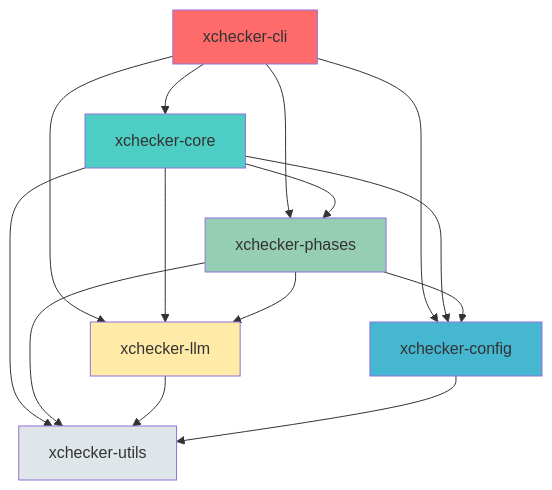
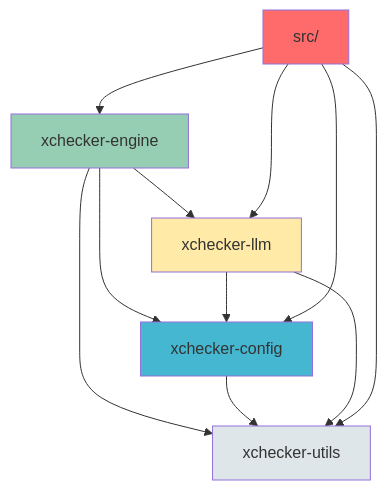
One commit to EffortlessMetrics/xchecker-dev changed the first of 2 diagrams in plans/modularization-report.md. Above: the diagram before and after it, drawn with Mermaid. The commit also changed other lines of this file and 207 other files, not shown here.

````diff
--- a/plans/modularization-report.md
+++ b/plans/modularization-report.md
@@ -168,27 +129,21 @@
 ```mermaid
 graph TD
-    CLI[xchecker-cli] --> CORE[xchecker-core]
-    CLI --> CONFIG[xchecker-config]
-    CLI --> PHASES[xchecker-phases]
-    CLI --> LLM[xchecker-llm]
-    
-    CORE --> CONFIG
-    CORE --> PHASES
-    CORE --> LLM
-    CORE --> UTILS[xchecker-utils]
-    
-    PHASES --> CONFIG
-    PHASES --> LLM
-    PHASES --> UTILS
-    
+    ENGINE[xchecker-engine] --> UTILS[xchecker-utils]
+    ENGINE --> CONFIG[xchecker-config]
+    ENGINE --> LLM[xchecker-llm]
+
+    CONFIG --> UTILS
     LLM --> UTILS
-    
-    CONFIG --> UTILS
-    
-    style CLI fill:#ff6b6b
-    style CORE fill:#4ecdc4
+    LLM --> CONFIG
+
+    SRC[src/] --> UTILS
+    SRC --> CONFIG
+    SRC --> LLM
+    SRC --> ENGINE
+
+    style UTILS fill:#dfe6e9
     style CONFIG fill:#45b7d1
-    style PHASES fill:#96ceb4
     style LLM fill:#ffeaa7
-    style UTILS fill:#dfe6e9
+    style ENGINE fill:#96ceb4
+    style SRC fill:#ff6b6b
 ```
````
